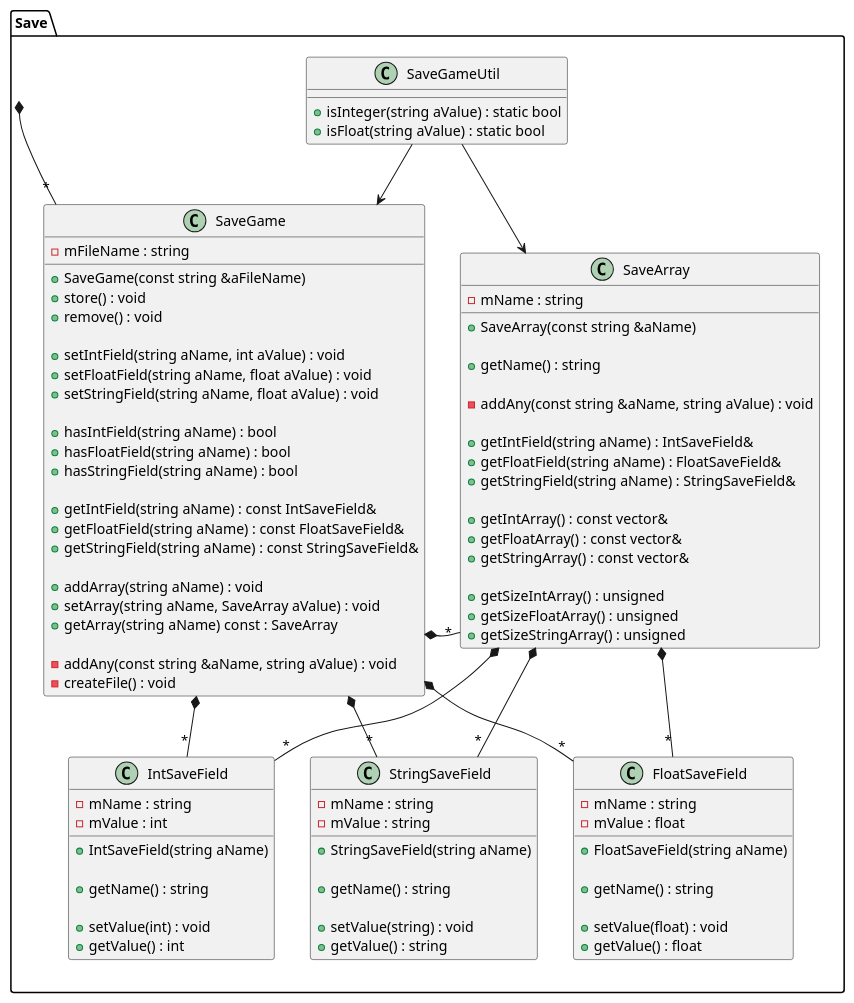
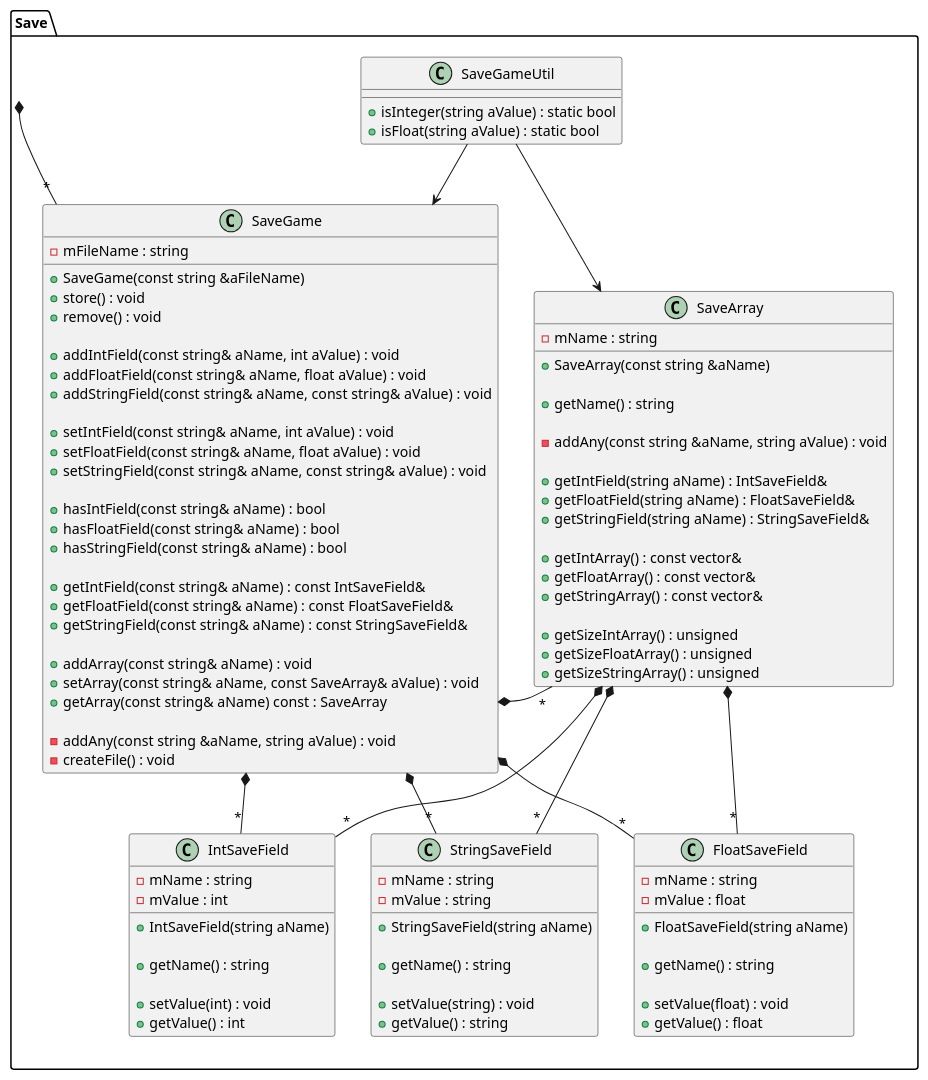
One commit to Seger01/GameEngine changed the diagram in docs/Diagrams/classDiagramPackages/savegamePackage.puml. Above: the diagram before and after it, drawn with PlantUML. The commit also changed 1 other file, not shown here.

Commit message:
Updated savegame class diagram

```diff
--- a/docs/Diagrams/classDiagramPackages/savegamePackage.puml
+++ b/docs/Diagrams/classDiagramPackages/savegamePackage.puml
@@ -1,111 +1,115 @@
 @startuml savePackageClassDiagram
 
 package Save{
 class SaveGame {
 -mFileName : string
     + SaveGame(const string &aFileName)
     + store() : void
     + remove() : void
 
-    + setIntField(string aName, int aValue) : void
-    + setFloatField(string aName, float aValue) : void
-    + setStringField(string aName, float aValue) : void
+    + addIntField(const string& aName, int aValue) : void
+    + addFloatField(const string& aName, float aValue) : void
+    + addStringField(const string& aName, const string& aValue) : void
 
-    + hasIntField(string aName) : bool
-    + hasFloatField(string aName) : bool
-    + hasStringField(string aName) : bool
+    + setIntField(const string& aName, int aValue) : void
+    + setFloatField(const string& aName, float aValue) : void
+    + setStringField(const string& aName, const string& aValue) : void
 
-    + getIntField(string aName) : const IntSaveField&
-    + getFloatField(string aName) : const FloatSaveField&
-    + getStringField(string aName) : const StringSaveField&
+    + hasIntField(const string& aName) : bool
+    + hasFloatField(const string& aName) : bool
+    + hasStringField(const string& aName) : bool
 
-    + addArray(string aName) : void
-    + setArray(string aName, SaveArray aValue) : void
-    + getArray(string aName) const : SaveArray
+    + getIntField(const string& aName) : const IntSaveField&
+    + getFloatField(const string& aName) : const FloatSaveField&
+    + getStringField(const string& aName) : const StringSaveField&
+
+    + addArray(const string& aName) : void
+    + setArray(const string& aName, const SaveArray& aValue) : void
+    + getArray(const string& aName) const : SaveArray
 
     - addAny(const string &aName, string aValue) : void
     - createFile() : void
 }
 
 class SaveArray {
     - mName : string
     + SaveArray(const string &aName)
 
     + getName() : string
 
     - addAny(const string &aName, string aValue) : void
 
     + getIntField(string aName) : IntSaveField&
     + getFloatField(string aName) : FloatSaveField&
     + getStringField(string aName) : StringSaveField&
 
     + getIntArray() : const vector&
     + getFloatArray() : const vector&
     + getStringArray() : const vector&
 
     + getSizeIntArray() : unsigned
     + getSizeFloatArray() : unsigned
     + getSizeStringArray() : unsigned
 }
 
 
 
 class SaveGameUtil {
   + isInteger(string aValue) : static bool
   + isFloat(string aValue) : static bool
 }
 
 together {
 class IntSaveField {
   - mName : string
   - mValue : int
 
   + IntSaveField(string aName)
 
   + getName() : string
 
   + setValue(int) : void
   + getValue() : int
 }
 
 class FloatSaveField {
   - mName : string
   - mValue : float
 
   + FloatSaveField(string aName)
 
   + getName() : string
 
   + setValue(float) : void
   + getValue() : float
 }
 
 class StringSaveField {
   - mName : string
   - mValue : string
 
   + StringSaveField(string aName)
 
   + getName() : string
 
   + setValue(string) : void
   + getValue() : string
 }
 }
 
 SaveGame *-- "*" SaveArray
 
 SaveGame <-left- SaveGameUtil
 SaveGame -[hidden]> SaveArray
 SaveGame *--"*" IntSaveField
 SaveGame *--"*" FloatSaveField
 SaveGame *--"*" StringSaveField
 
 SaveArray <-up- SaveGameUtil
 SaveArray *--"*" IntSaveField
 SaveArray *--"*" FloatSaveField
 SaveArray *--"*" StringSaveField
 }
 
 Save *-- "*" SaveGame
 @enduml
```
